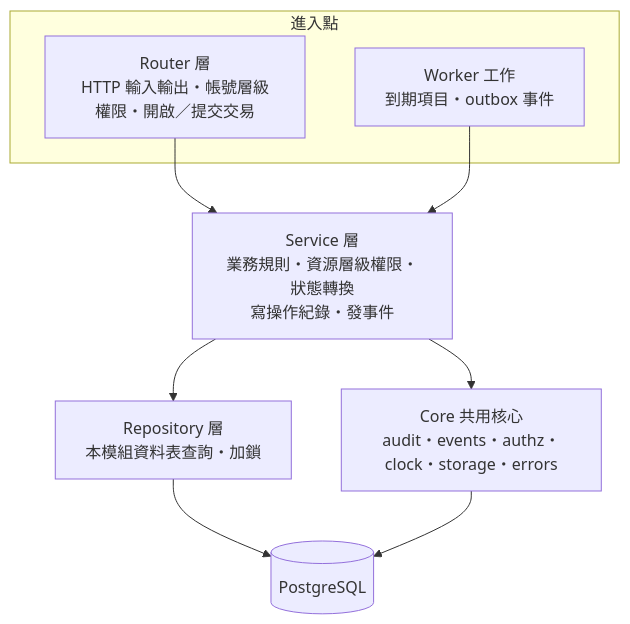
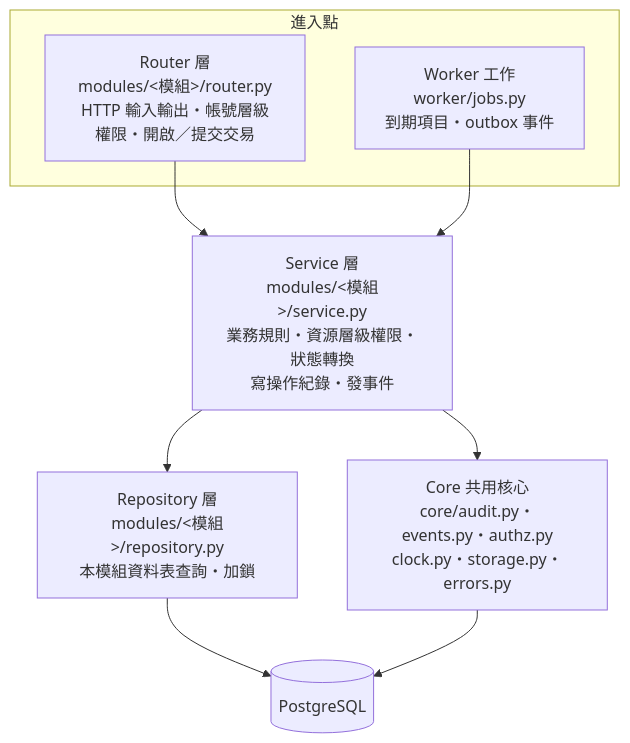
One commit to Team14good/esport-platform changed the second of 6 diagrams in docs/midterm/C-軟體設計文件.md. Above: the diagram before and after it, drawn with Mermaid. The commit also changed other lines of this file and 27 other files, not shown here.

First line of the commit message:
docs: B、C、D 其餘的圖全部對照程式標註 (#92)

````diff
--- a/docs/midterm/C-軟體設計文件.md
+++ b/docs/midterm/C-軟體設計文件.md
@@ -85,17 +87,17 @@
 ```mermaid
 flowchart TB
   subgraph entry["進入點"]
-    r["Router 層<br/>HTTP 輸入輸出・帳號層級權限・開啟／提交交易"]
-    w["Worker 工作<br/>到期項目・outbox 事件"]
+    r["Router 層<br/>modules/&lt;模組&gt;/router.py<br/>HTTP 輸入輸出・帳號層級權限・開啟／提交交易"]
+    w["Worker 工作<br/>worker/jobs.py<br/>到期項目・outbox 事件"]
   end
-  s["Service 層<br/>業務規則・資源層級權限・狀態轉換<br/>寫操作紀錄・發事件"]
-  p["Repository 層<br/>本模組資料表查詢・加鎖"]
-  c["Core 共用核心<br/>audit・events・authz・clock・storage・errors"]
+  s["Service 層<br/>modules/&lt;模組&gt;/service.py<br/>業務規則・資源層級權限・狀態轉換<br/>寫操作紀錄・發事件"]
+  p["Repository 層<br/>modules/&lt;模組&gt;/repository.py<br/>本模組資料表查詢・加鎖"]
+  c["Core 共用核心<br/>core/audit.py・events.py・authz.py<br/>clock.py・storage.py・errors.py"]
   d[("PostgreSQL")]
   r --> s
   w --> s
   s --> p
   s --> c
   p --> d
   c --> d
 ```
````
